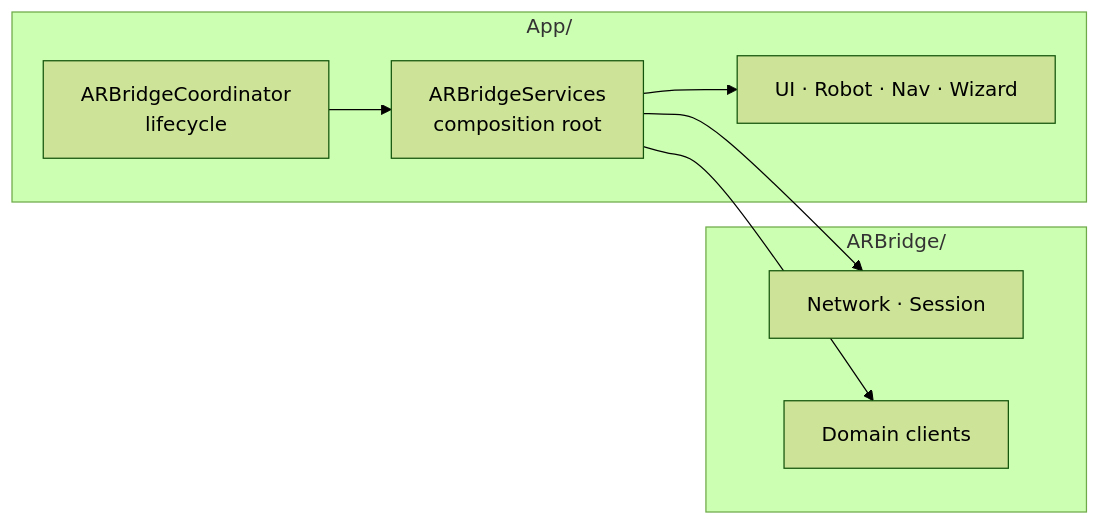
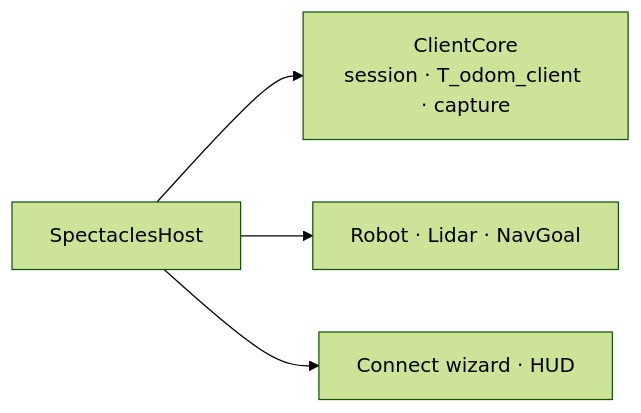
Before and after one commit to V4C38/spectacles-dimensional-os: the third of 3 diagrams in README.md, drawn with Mermaid (forest theme). The commit also changed other lines of this file and 4 other files, not shown here.

````diff
--- a/README.md
+++ b/README.md
@@ -226,18 +219,11 @@
 ```mermaid
 flowchart LR
-  subgraph App["App/"]
-    Services["ARBridgeServices<br>composition root"]
-    Coord["ARBridgeCoordinator<br>lifecycle"]
-    UI["UI · Robot · Nav · Wizard"]
-  end
+  Core["ClientCore<br>session · T_odom_client · capture"]
+  Host["SpectaclesHost"]
+  Room["Robot · Lidar · NavGoal"]
+  UX["Connect wizard · HUD"]
 
-  subgraph BridgeLayer["ARBridge/"]
-    Net["Network · Session"]
-    Clients["Domain clients"]
-  end
-
-  Coord --> Services
-  Services --> UI
-  Services --> Net
-  Services --> Clients
+  Host --> Core
+  Host --> Room
+  Host --> UX
 ```
````
